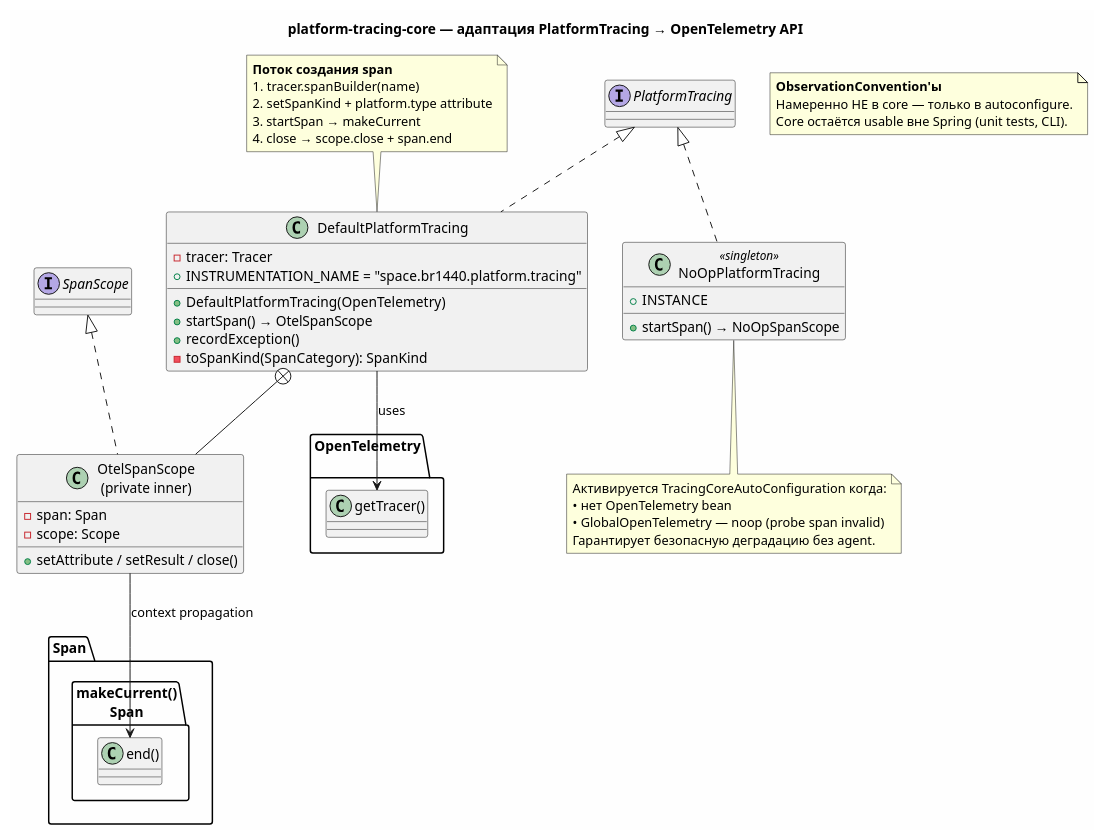
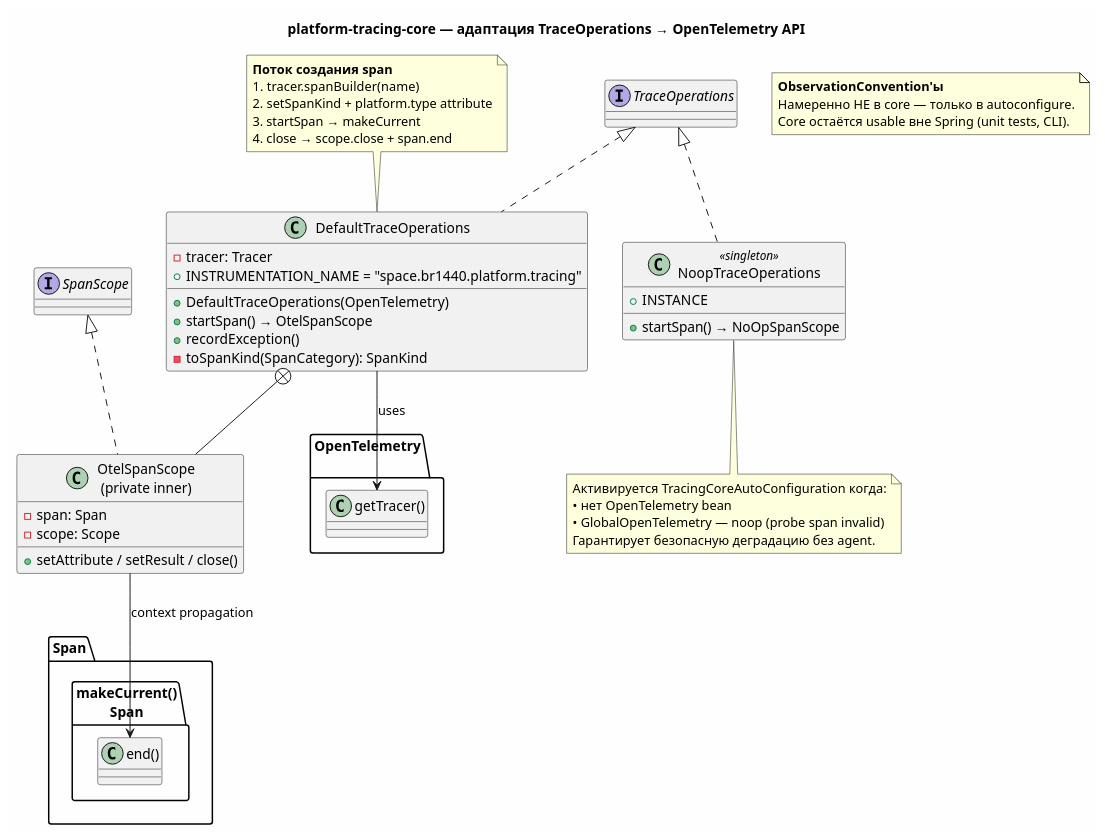
Before and after one commit to andrew3008/EnglishDictionary: the fourth of 11 diagrams in docs/architecture/Components_v2.puml, drawn with PlantUML. The commit also changed other lines of this file and 146 other files, not shown here.

Commit message:
refactor(api): rename root tracing facade to TraceOperations

```diff
--- a/docs/architecture/Components_v2.puml
+++ b/docs/architecture/Components_v2.puml
@@ -302,60 +302,60 @@
 @startuml platform-tracing-04-core-module
 skinparam backgroundColor #FEFEFE
 skinparam defaultFontName "Segoe UI"
 
-title platform-tracing-core — адаптация PlatformTracing → OpenTelemetry API
+title platform-tracing-core — адаптация TraceOperations → OpenTelemetry API
 
-class DefaultPlatformTracing {
+class DefaultTraceOperations {
   -tracer: Tracer
   +INSTRUMENTATION_NAME = "space.br1440.platform.tracing"
   __
-  +DefaultPlatformTracing(OpenTelemetry)
+  +DefaultTraceOperations(OpenTelemetry)
   +startSpan() → OtelSpanScope
   +recordException()
   -toSpanKind(SpanCategory): SpanKind
 }
 
 class "OtelSpanScope\n(private inner)" as OtelSpanScope {
   -span: Span
   -scope: Scope
   +setAttribute / setResult / close()
 }
 
-class NoOpPlatformTracing <<singleton>> {
+class NoopTraceOperations <<singleton>> {
   +INSTANCE
   +startSpan() → NoOpSpanScope
 }
 
-interface PlatformTracing
+interface TraceOperations
 interface SpanScope
 
-PlatformTracing <|.. DefaultPlatformTracing
-PlatformTracing <|.. NoOpPlatformTracing
-DefaultPlatformTracing +-- OtelSpanScope
+TraceOperations <|.. DefaultTraceOperations
+TraceOperations <|.. NoopTraceOperations
+DefaultTraceOperations +-- OtelSpanScope
 SpanScope <|.. OtelSpanScope
 
-DefaultPlatformTracing --> "OpenTelemetry\n.getTracer()" : uses
+DefaultTraceOperations --> "OpenTelemetry\n.getTracer()" : uses
 OtelSpanScope --> "Span.makeCurrent()\nSpan.end()" : context propagation
 
-note top of DefaultPlatformTracing
+note top of DefaultTraceOperations
   **Поток создания span**
   1. tracer.spanBuilder(name)
   2. setSpanKind + platform.type attribute
   3. startSpan → makeCurrent
   4. close → scope.close + span.end
 end note
 
-note bottom of NoOpPlatformTracing
+note bottom of NoopTraceOperations
   Активируется TracingCoreAutoConfiguration когда:
   • нет OpenTelemetry bean
   • GlobalOpenTelemetry — noop (probe span invalid)
   Гарантирует безопасную деградацию без agent.
 end note
 
 note as N_obs
   **ObservationConvention'ы**
   Намеренно НЕ в core — только в autoconfigure.
   Core остаётся usable вне Spring (unit tests, CLI).
 end note
 
 @enduml
```
